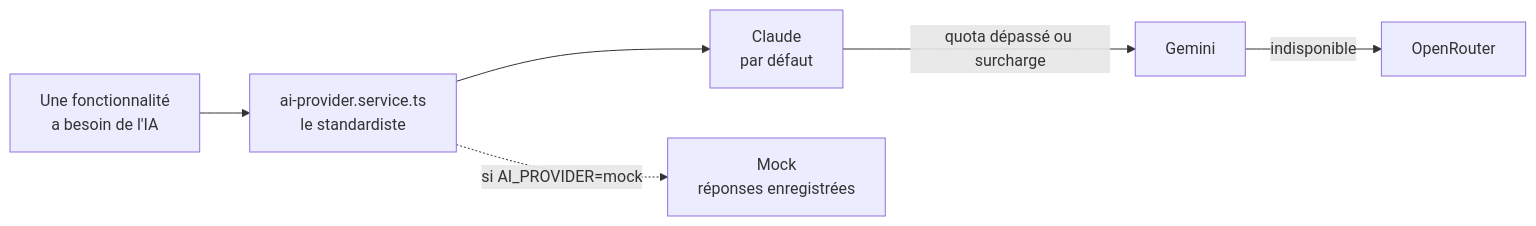
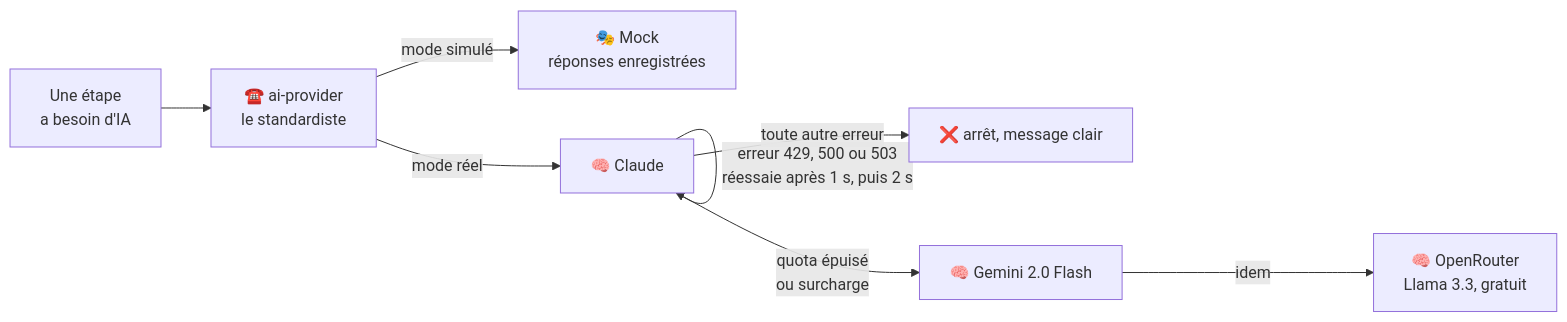
Before and after one commit to annubis-knight/Blog_Redactor_SEO: the fifth of 11 diagrams in GUIDE-04-OUTILS.md, drawn with Mermaid. The commit also changed other lines of this file and 3 other files, not shown here.

````diff
--- a/GUIDE-04-OUTILS.md
+++ b/GUIDE-04-OUTILS.md
@@ -48,8 +349,10 @@
 ```mermaid
 flowchart LR
-  APP["Une fonctionnalité<br/>a besoin de l'IA"] --> DISP["ai-provider.service.ts<br/>le standardiste"]
-  DISP --> C["Claude<br/>par défaut"]
-  C -->|quota dépassé ou surcharge| G["Gemini"]
-  G -->|indisponible| O["OpenRouter"]
-  DISP -.->|si AI_PROVIDER=mock| M["Mock<br/>réponses enregistrées"]
+  F["Une étape<br/>a besoin d'IA"] --> P["☎️ ai-provider<br/>le standardiste"]
+  P -->|"mode simulé"| M["🎭 Mock<br/>réponses enregistrées"]
+  P -->|"mode réel"| C["🧠 Claude"]
+  C -->|"erreur 429, 500 ou 503<br/>réessaie après 1 s, puis 2 s"| C
+  C -->|"quota épuisé<br/>ou surcharge"| GE["🧠 Gemini 2.0 Flash"]
+  GE -->|"idem"| OR["🧠 OpenRouter<br/>Llama 3.3, gratuit"]
+  C -->|"toute autre erreur"| X["❌ arrêt, message clair"]
 ```
````
